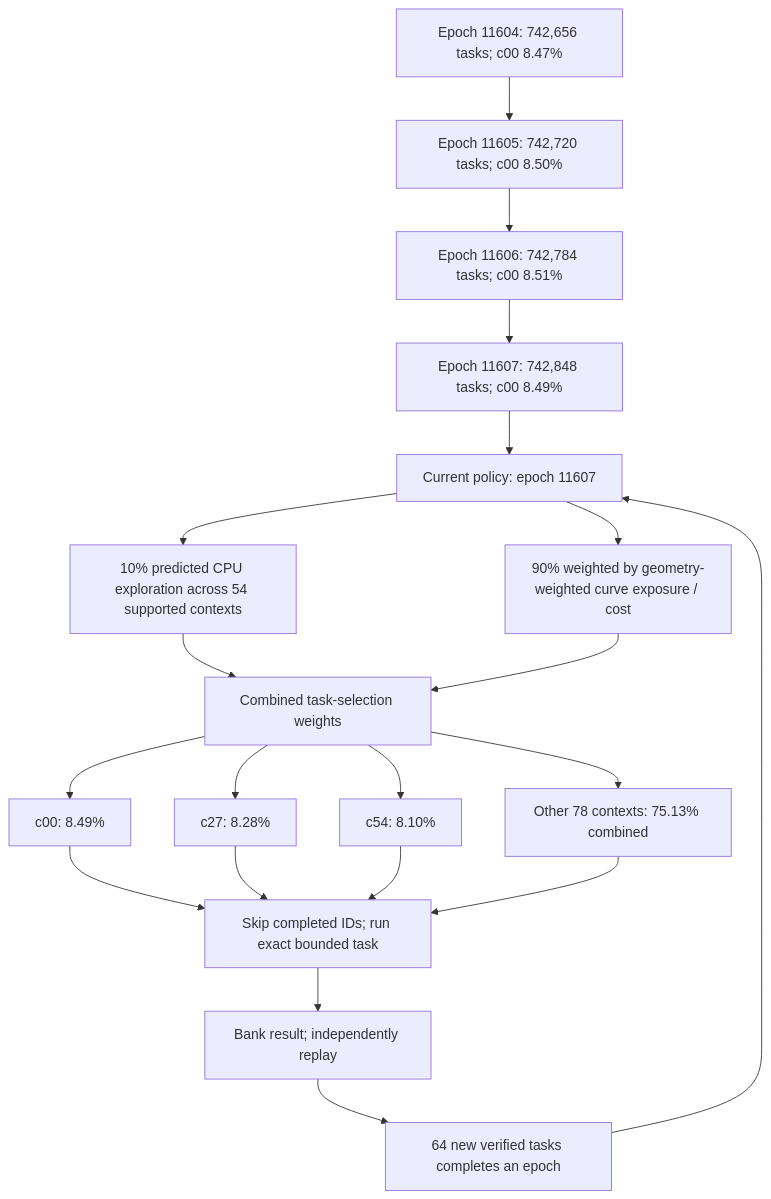
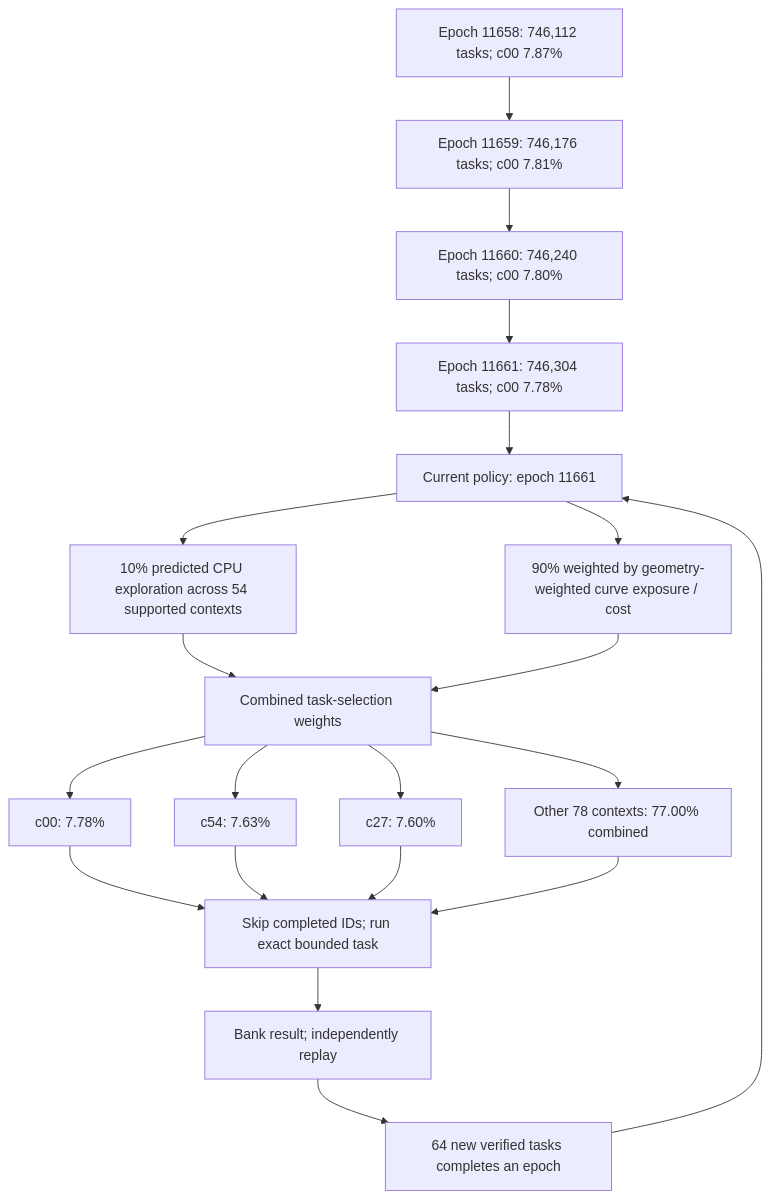
The first of 4 diagrams in README.md (Kuberwastaken/math-gambling), drawn with Mermaid before and after one commit. The commit also changed other lines of this file and 13191 other files, not shown here.

````diff
--- a/README.md
+++ b/README.md
@@ -60,27 +60,27 @@
 ```mermaid
 flowchart TD
-    H0["Epoch 11604: 742,656 tasks; c00 8.47%"]
-    H1["Epoch 11605: 742,720 tasks; c00 8.50%"]
+    H0["Epoch 11658: 746,112 tasks; c00 7.87%"]
+    H1["Epoch 11659: 746,176 tasks; c00 7.81%"]
     H0 --> H1
-    H2["Epoch 11606: 742,784 tasks; c00 8.51%"]
+    H2["Epoch 11660: 746,240 tasks; c00 7.80%"]
     H1 --> H2
-    H3["Epoch 11607: 742,848 tasks; c00 8.49%"]
+    H3["Epoch 11661: 746,304 tasks; c00 7.78%"]
     H2 --> H3
-    Policy["Current policy: epoch 11607"]
+    Policy["Current policy: epoch 11661"]
     H3 --> Policy
     Policy --> Explore["10% predicted CPU exploration across 54 supported contexts"]
     Policy --> Cost["90% weighted by geometry-weighted curve exposure / cost"]
     Explore --> Mix["Combined task-selection weights"]
     Cost --> Mix
-    Mix --> C0["c00: 8.49%"]
-    Mix --> C1["c27: 8.28%"]
-    Mix --> C2["c54: 8.10%"]
-    Mix --> Rest["Other 78 contexts: 75.13% combined"]
+    Mix --> C0["c00: 7.78%"]
+    Mix --> C1["c54: 7.63%"]
+    Mix --> C2["c27: 7.60%"]
+    Mix --> Rest["Other 78 contexts: 77.00% combined"]
     C0 --> Check["Skip completed IDs; run exact bounded task"]
     C1 --> Check
     C2 --> Check
     Rest --> Check
     Check --> Replay["Bank result; independently replay"]
     Replay --> Gate["64 new verified tasks completes an epoch"]
     Gate --> Policy
 ```
````
